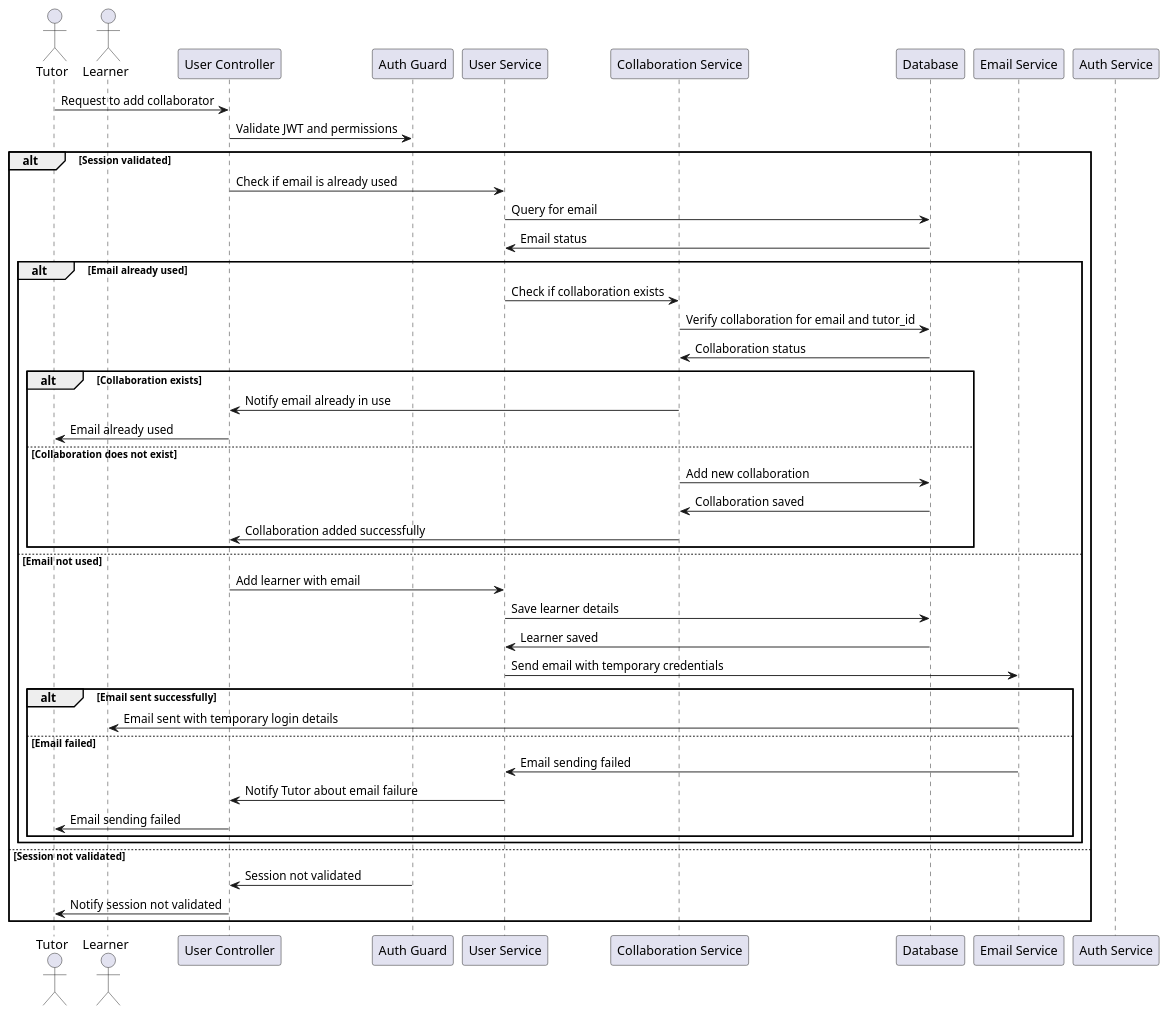
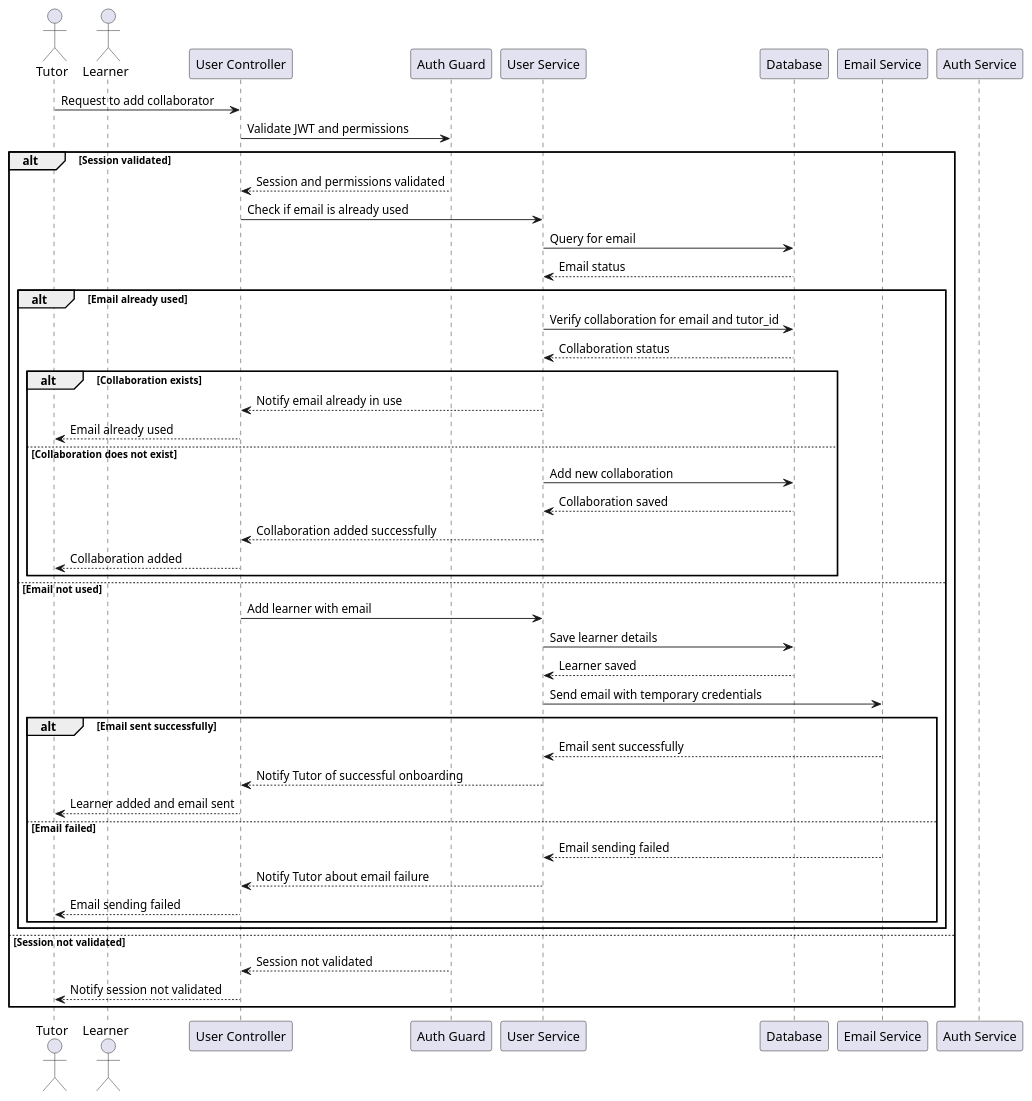
The diagram in UML/sequence/sequence_onboarding.pu (Davidben75/Elearn_api), drawn with PlantUML before and after one commit. The commit also changed 5 other files, not shown here.

Commit message:
update UML diagramm

```diff
--- a/UML/sequence/sequence_onboarding.pu
+++ b/UML/sequence/sequence_onboarding.pu
@@ -1,48 +1,55 @@
 @startuml "Sequence onboarding"
+
 actor Tutor
 actor Learner
 participant "User Controller" as UserController
 participant "Auth Guard" as AuthGuard
 participant "User Service" as UserService
-participant "Collaboration Service" as CollaborationService
 participant "Database" as Database
 participant "Email Service" as EmailService
 participant "Auth Service" as AuthService
 
 Tutor -> UserController: Request to add collaborator
 UserController -> AuthGuard: Validate JWT and permissions
+
 alt Session validated
+    AuthGuard --> UserController: Session and permissions validated
     UserController -> UserService: Check if email is already used
     UserService -> Database: Query for email
-    Database -> UserService: Email status
+    Database --> UserService: Email status
+
     alt Email already used
-        UserService -> CollaborationService: Check if collaboration exists
-        CollaborationService -> Database: Verify collaboration for email and tutor_id
-        Database -> CollaborationService: Collaboration status
+        UserService -> Database: Verify collaboration for email and tutor_id
+        Database --> UserService: Collaboration status
+
         alt Collaboration exists
-            CollaborationService -> UserController: Notify email already in use
-            UserController -> Tutor: Email already used
+            UserService --> UserController: Notify email already in use
+            UserController --> Tutor: Email already used
         else Collaboration does not exist
-            CollaborationService -> Database: Add new collaboration
-            Database -> CollaborationService: Collaboration saved
-            CollaborationService -> UserController: Collaboration added successfully
+            UserService -> Database: Add new collaboration
+            Database --> UserService: Collaboration saved
+            UserService --> UserController: Collaboration added successfully
+            UserController --> Tutor: Collaboration added
         end
     else Email not used
         UserController -> UserService: Add learner with email
         UserService -> Database: Save learner details
-        Database -> UserService: Learner saved
+        Database --> UserService: Learner saved
+
         UserService -> EmailService: Send email with temporary credentials
         alt Email sent successfully
-            EmailService -> Learner: Email sent with temporary login details
+            EmailService --> UserService: Email sent successfully
+            UserService --> UserController: Notify Tutor of successful onboarding
+            UserController --> Tutor: Learner added and email sent
         else Email failed
-            EmailService -> UserService: Email sending failed
-            UserService -> UserController: Notify Tutor about email failure
-            UserController -> Tutor: Email sending failed
+            EmailService --> UserService: Email sending failed
+            UserService --> UserController: Notify Tutor about email failure
+            UserController --> Tutor: Email sending failed
         end
     end
 else Session not validated
-    AuthGuard -> UserController: Session not validated
-    UserController -> Tutor: Notify session not validated
+    AuthGuard --> UserController: Session not validated
+    UserController --> Tutor: Notify session not validated
 end
 
 @enduml
```
